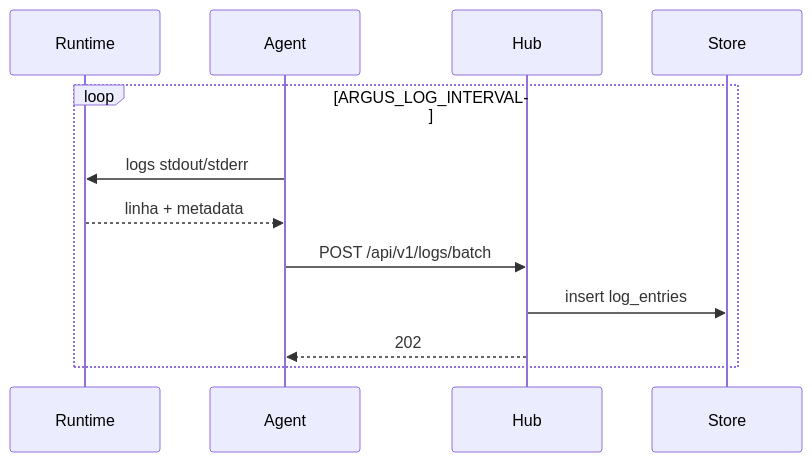
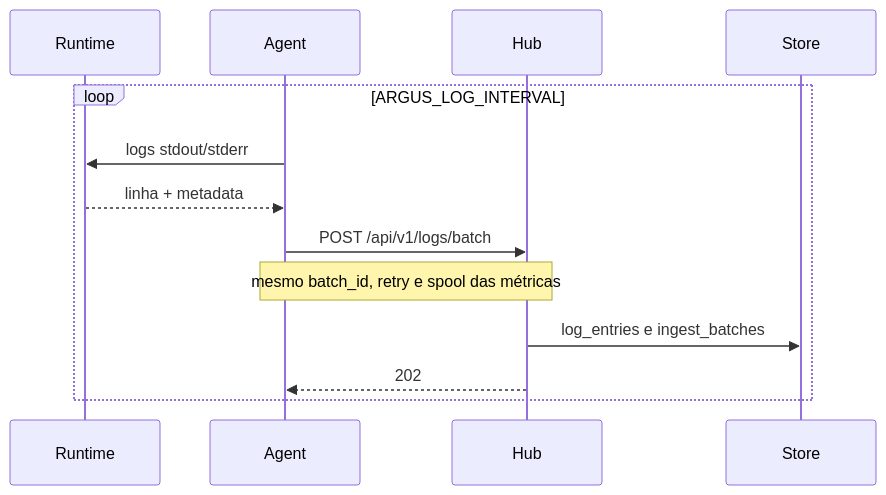
The first of 3 diagrams in docs/flows/log-streaming.pt.md (HarryRaddatz/argus-observability), drawn with Mermaid before and after one commit. The commit also changed 71 other files, not shown here.

````diff
--- a/docs/flows/log-streaming.pt.md
+++ b/docs/flows/log-streaming.pt.md
@@ -7,15 +7,16 @@
 ```mermaid
 sequenceDiagram
   participant Runtime
   participant Agent
   participant Hub
   participant Store
 
   loop ARGUS_LOG_INTERVAL
     Agent->>Runtime: logs stdout/stderr
     Runtime-->>Agent: linha + metadata
     Agent->>Hub: POST /api/v1/logs/batch
-    Hub->>Store: insert log_entries
+    Note over Agent,Hub: mesmo batch_id, retry e spool das métricas
+    Hub->>Store: log_entries e ingest_batches
     Hub-->>Agent: 202
   end
 ```
````
